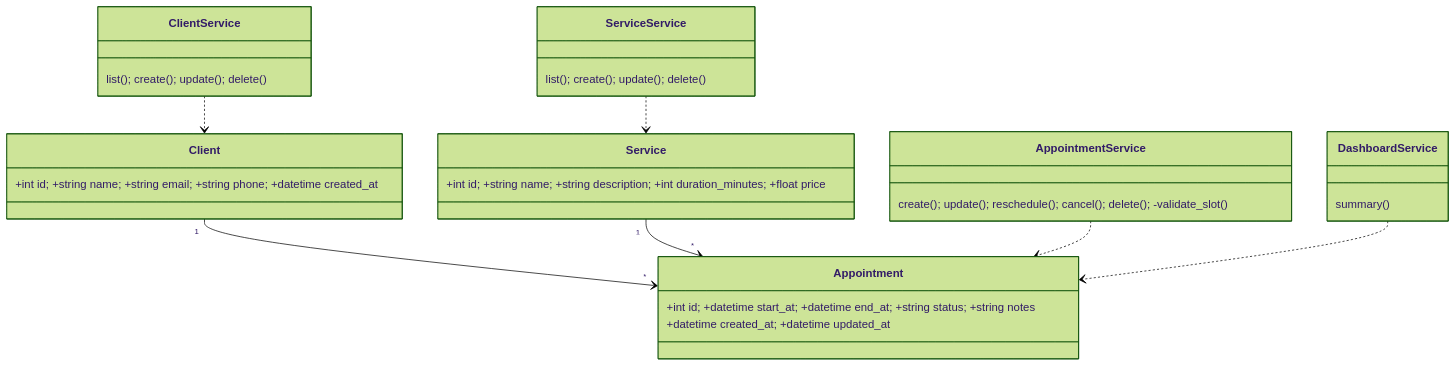
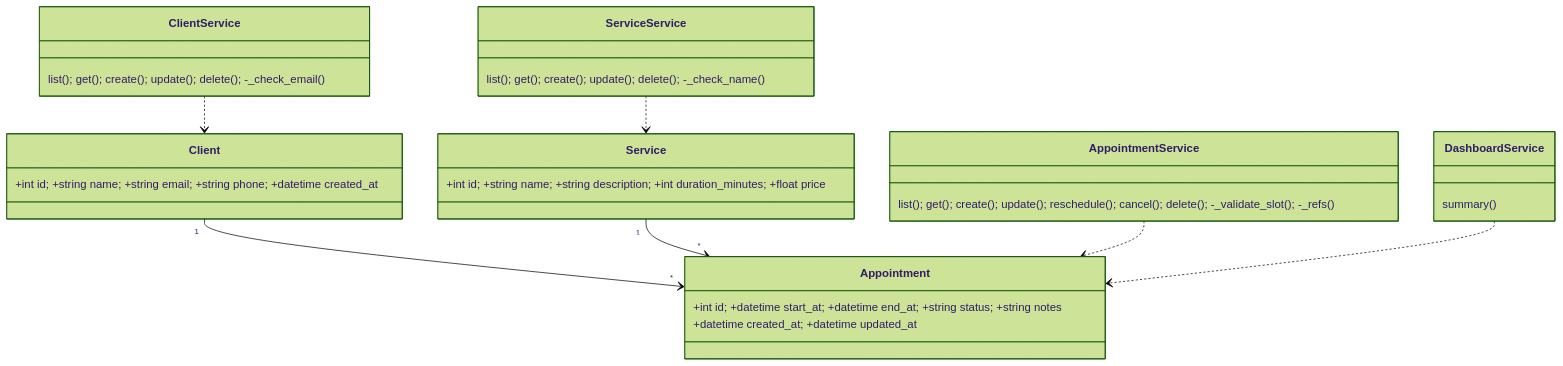
One commit to LK-Projetos/AgendaPro changed the first of 2 diagrams in docs/02-modelo-dados.md. Above: the diagram before and after it, drawn with Mermaid (forest theme). The commit also changed other lines of this file and 18 other files, not shown here.

First line of the commit message:
docs(agendapro): finalize academic documentation and fix ER diagram

````diff
--- a/docs/02-modelo-dados.md
+++ b/docs/02-modelo-dados.md
@@ -4,19 +4,19 @@
 ```mermaid
 classDiagram
   class Client { +int id; +string name; +string email; +string phone; +datetime created_at }
   class Service { +int id; +string name; +string description; +int duration_minutes; +float price }
   class Appointment {
     +int id; +datetime start_at; +datetime end_at; +string status; +string notes
     +datetime created_at; +datetime updated_at
   }
-  class ClientService { list(); create(); update(); delete() }
-  class ServiceService { list(); create(); update(); delete() }
-  class AppointmentService { create(); update(); reschedule(); cancel(); delete(); -validate_slot() }
+  class ClientService { list(); get(); create(); update(); delete(); -_check_email() }
+  class ServiceService { list(); get(); create(); update(); delete(); -_check_name() }
+  class AppointmentService { list(); get(); create(); update(); reschedule(); cancel(); delete(); -_validate_slot(); -_refs() }
   class DashboardService { summary() }
   Client "1" --> "*" Appointment
   Service "1" --> "*" Appointment
   AppointmentService ..> Appointment
   ClientService ..> Client
   ServiceService ..> Service
   DashboardService ..> Appointment
 ```
````
